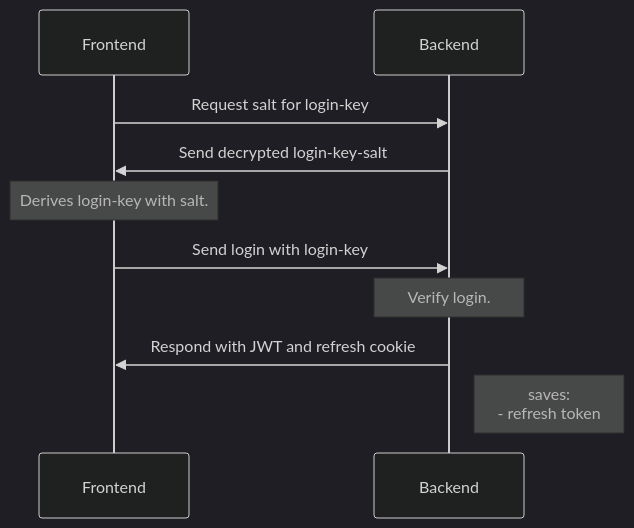
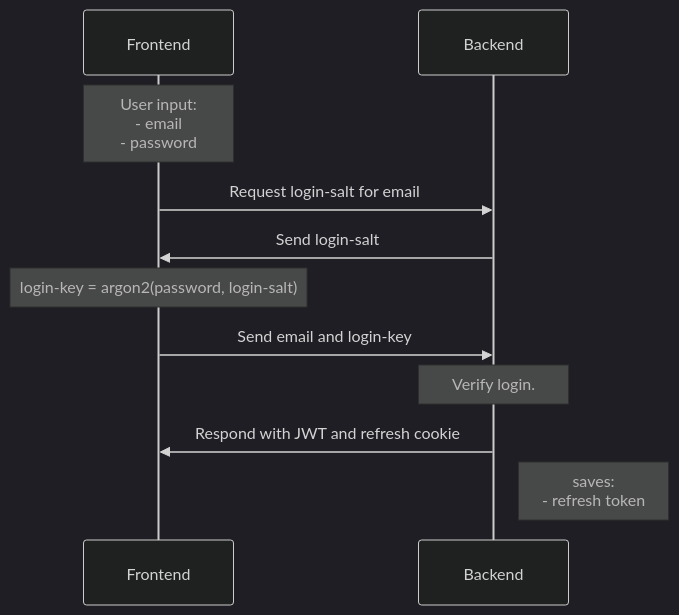
The second of 10 diagrams in sequence.md (Tinkerforge/esp32-remote-access), drawn with Mermaid (dark theme) before and after one commit. The commit also changed other lines of this file, not shown here.

````diff
--- a/sequence.md
+++ b/sequence.md
@@ -31,10 +51,14 @@
 ```mermaid
 sequenceDiagram
-    Frontend->>Backend: Request salt for login-key
-    Backend->>Frontend: Send decrypted login-key-salt
-    Note over Frontend: Derives login-key with salt.
-    Frontend->>Backend: Send login with login-key
+    Note over Frontend: User input: <br> - email <br> - password
+
+    Frontend->>Backend: Request login-salt for email
+    Backend->>Frontend: Send  login-salt
+
+    Note over Frontend: login-key = argon2(password, login-salt)
+
+    Frontend->>Backend: Send email and login-key
     Note over Backend: Verify login.
     Backend->>Frontend: Respond with JWT and refresh cookie
     Note right of Backend: saves: <br> - refresh token
 ```
````
